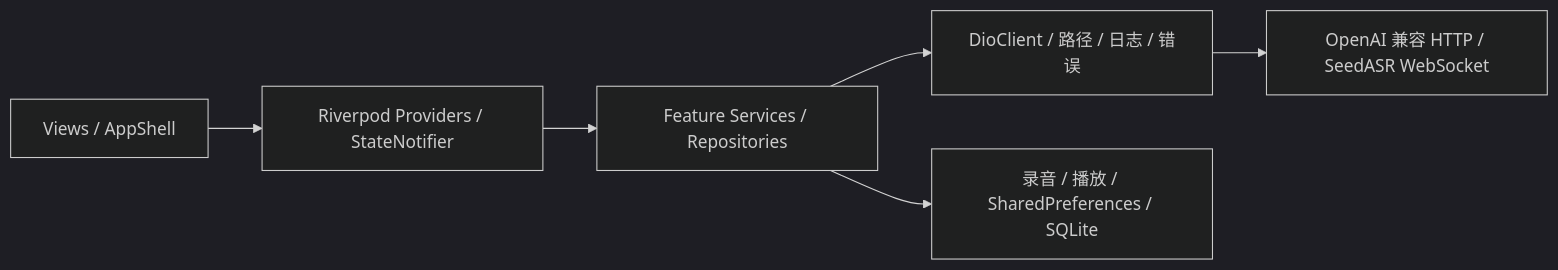
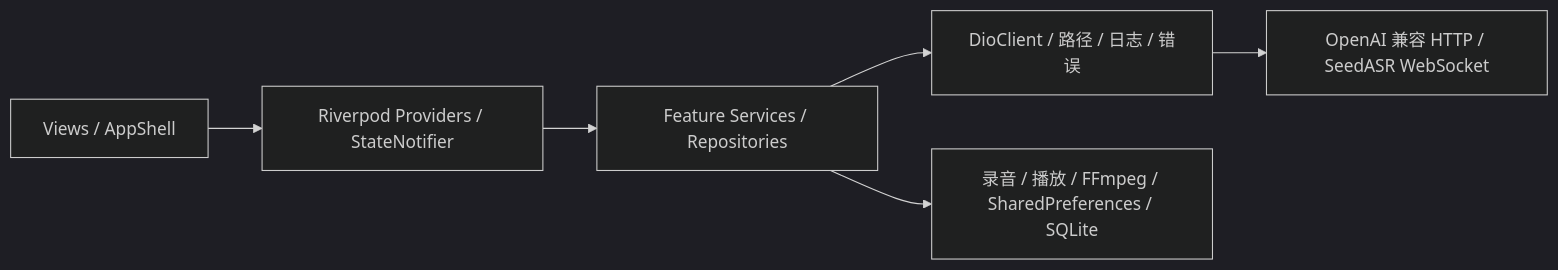
The diagram in README.md (glosc-ai/voxflow), drawn with Mermaid (dark theme) before and after one commit. The commit also changed other lines of this file, not shown here.

````diff
--- a/README.md
+++ b/README.md
@@ -70,8 +70,8 @@
 ```mermaid
 flowchart LR
     View["Views / AppShell"] --> State["Riverpod Providers / StateNotifier"]
     State --> Service["Feature Services / Repositories"]
     Service --> Core["DioClient / 路径 / 日志 / 错误"]
-    Service --> Platform["录音 / 播放 / SharedPreferences / SQLite"]
+    Service --> Platform["录音 / 播放 / FFmpeg / SharedPreferences / SQLite"]
     Core --> Remote["OpenAI 兼容 HTTP / SeedASR WebSocket"]
 ```
````
